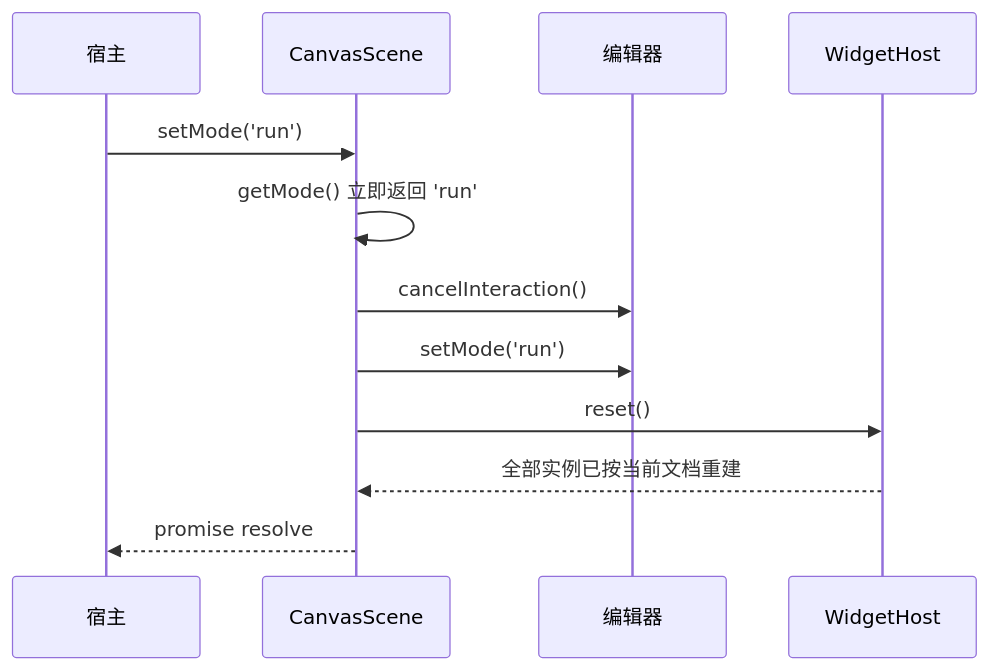
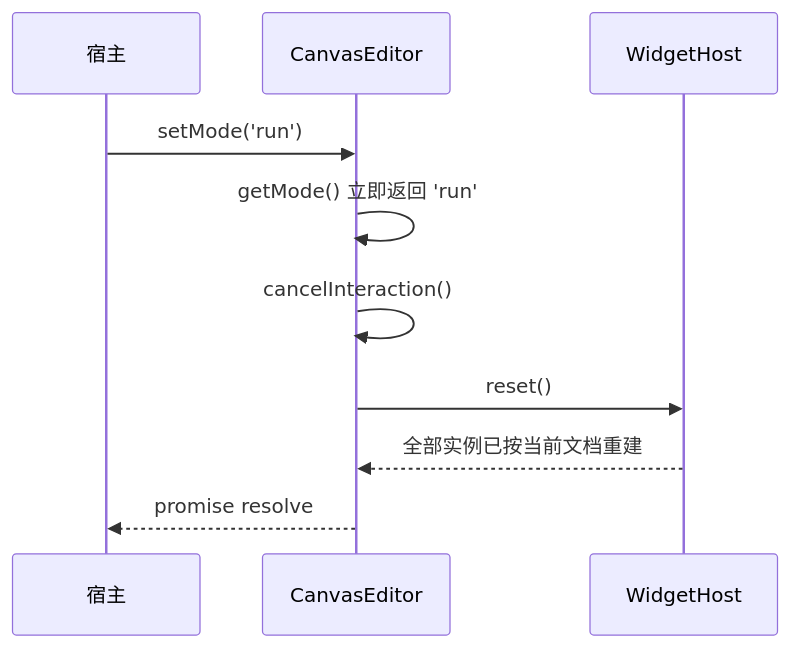
One commit to x-botlab/mica-js changed the second of 2 diagrams in packages/canvas-editor/README.md. Above: the diagram before and after it, drawn with Mermaid. The commit also changed other lines of this file and 11 other files, not shown here.

First line of the commit message:
refactor(canvas-editor): merge scene into editor

````diff
--- a/packages/canvas-editor/README.md
+++ b/packages/canvas-editor/README.md
@@ -182,15 +157,13 @@
 ```mermaid
 sequenceDiagram
   participant App as 宿主
-  participant Scene as CanvasScene
-  participant Editor as 编辑器
+  participant Editor as CanvasEditor
   participant Host as WidgetHost
 
-  App->>Scene: setMode('run')
-  Scene->>Scene: getMode() 立即返回 'run'
-  Scene->>Editor: cancelInteraction()
-  Scene->>Editor: setMode('run')
-  Scene->>Host: reset()
-  Host-->>Scene: 全部实例已按当前文档重建
-  Scene-->>App: promise resolve
+  App->>Editor: setMode('run')
+  Editor->>Editor: getMode() 立即返回 'run'
+  Editor->>Editor: cancelInteraction()
+  Editor->>Host: reset()
+  Host-->>Editor: 全部实例已按当前文档重建
+  Editor-->>App: promise resolve
 ```
````
